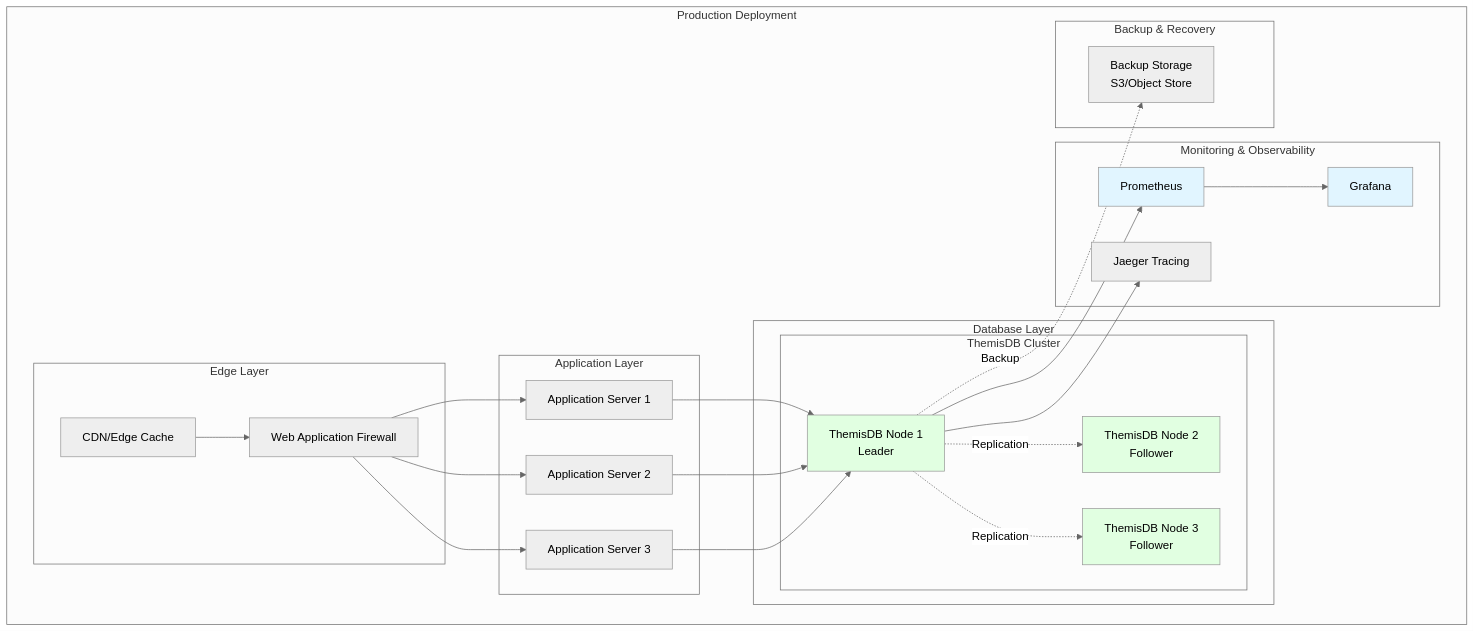
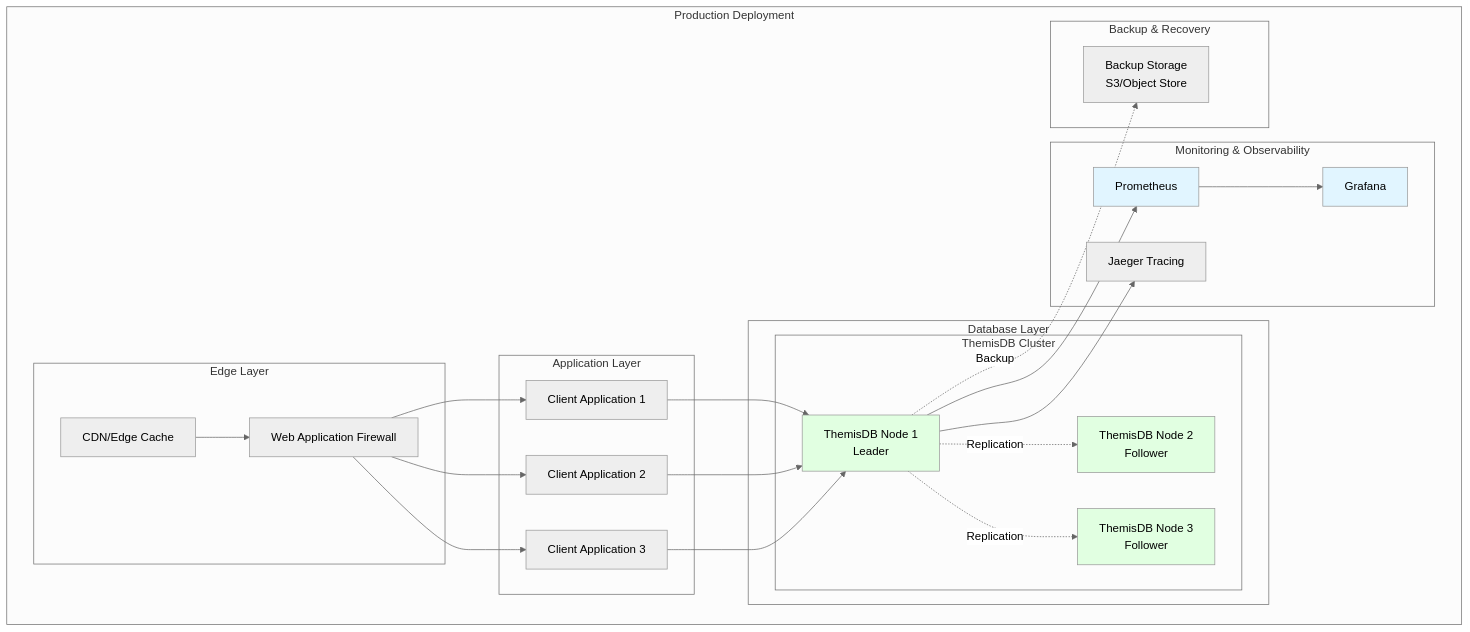
One commit to makr-code/ThemisDB changed the second of 8 diagrams in README.md. Above: the diagram before and after it, drawn with Mermaid (neutral theme).

Commit message:
refactor: Update deployment diagram labels for clarity

````diff
--- a/README.md
+++ b/README.md
@@ -113,49 +113,49 @@
 ```mermaid
 graph TB
     subgraph "Production Deployment"
         subgraph "Edge Layer"
             CDN[CDN/Edge Cache]
             WAF[Web Application Firewall]
         end
         
         subgraph "Application Layer"
-            APP1[Application Server 1]
-            APP2[Application Server 2]
-            APP3[Application Server 3]
+            APP1[Client Application 1]
+            APP2[Client Application 2]
+            APP3[Client Application 3]
         end
         
         subgraph "Database Layer"
             subgraph "ThemisDB Cluster"
                 DB1[ThemisDB Node 1<br/>Leader]
                 DB2[ThemisDB Node 2<br/>Follower]
                 DB3[ThemisDB Node 3<br/>Follower]
             end
         end
         
         subgraph "Monitoring & Observability"
             PROM[Prometheus]
             GRAF[Grafana]
             JAEGER[Jaeger Tracing]
         end
         
         subgraph "Backup & Recovery"
             BACKUP[Backup Storage<br/>S3/Object Store]
         end
     end
     
     CDN --> WAF
     WAF --> APP1 & APP2 & APP3
     APP1 & APP2 & APP3 --> DB1
     DB1 -.Replication.-> DB2 & DB3
     
     DB1 --> PROM
     PROM --> GRAF
     DB1 --> JAEGER
     DB1 -.Backup.-> BACKUP
     
     style DB1 fill:#e1ffe1
     style DB2 fill:#e1ffe1
     style DB3 fill:#e1ffe1
     style PROM fill:#e1f5ff
     style GRAF fill:#e1f5ff
 ```
````
